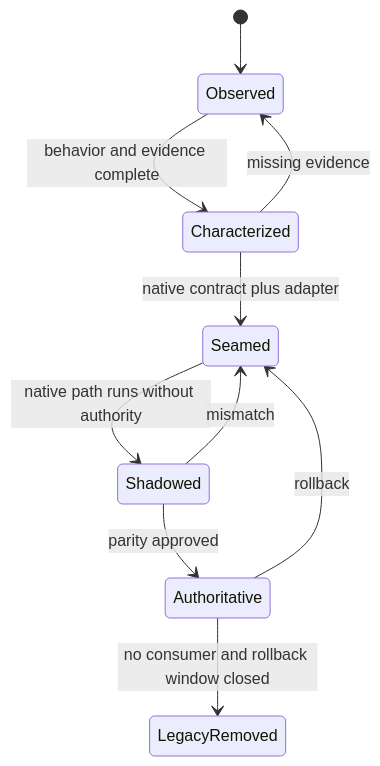
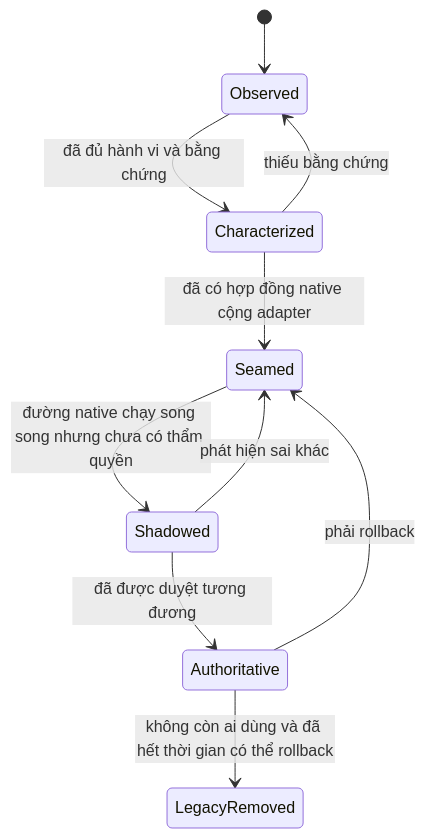
The eighth of 8 diagrams in V5/09-uefn-architecture-and-paldarkv5.md (SlimeVRX/Paldark-Docs), drawn with Mermaid before and after one commit. The commit also changed other lines of this file, not shown here.

Commit message:
docs: simplify UEFN architecture chapter

````diff
--- a/V5/09-uefn-architecture-and-paldarkv5.md
+++ b/V5/09-uefn-architecture-and-paldarkv5.md
@@ -1882,12 +1810,12 @@
-~~~mermaid
+```mermaid
 stateDiagram-v2
     [*] --> Observed
-    Observed --> Characterized: behavior and evidence complete
-    Characterized --> Seamed: native contract plus adapter
-    Seamed --> Shadowed: native path runs without authority
-    Shadowed --> Authoritative: parity approved
-    Authoritative --> LegacyRemoved: no consumer and rollback window closed
-    Characterized --> Observed: missing evidence
-    Shadowed --> Seamed: mismatch
-    Authoritative --> Seamed: rollback
-~~~
+    Observed --> Characterized: đã đủ hành vi và bằng chứng
+    Characterized --> Seamed: đã có hợp đồng native cộng adapter
+    Seamed --> Shadowed: đường native chạy song song nhưng chưa có thẩm quyền
+    Shadowed --> Authoritative: đã được duyệt tương đương
+    Authoritative --> LegacyRemoved: không còn ai dùng và đã hết thời gian có thể rollback
+    Characterized --> Observed: thiếu bằng chứng
+    Shadowed --> Seamed: phát hiện sai khác
+    Authoritative --> Seamed: phải rollback
+```
````
